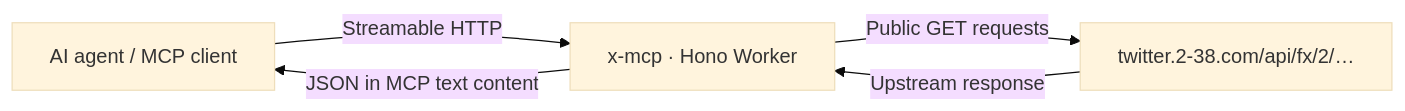
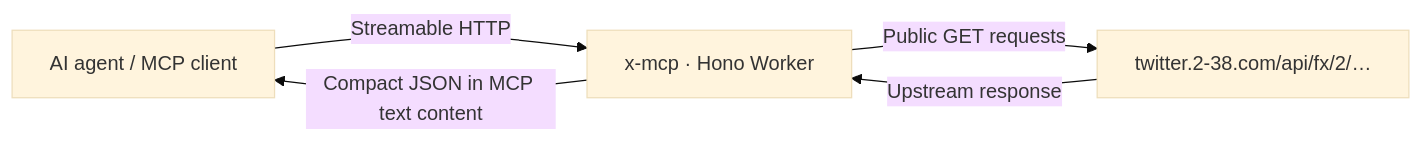
The diagram in README.md (kandotrun/x-mcp), drawn with Mermaid (base theme) before and after one commit. The commit also changed other lines of this file and 68 other files, not shown here.

````diff
--- a/README.md
+++ b/README.md
@@ -133,7 +250,7 @@
 ```mermaid
 flowchart LR
     agent["AI agent / MCP client"] -->|Streamable HTTP| worker["x-mcp · Hono Worker"]
     worker -->|Public GET requests| proxy["twitter.2-38.com/api/fx/2/…"]
     proxy -->|Upstream response| worker
-    worker -->|JSON in MCP text content| agent
+    worker -->|Compact JSON in MCP text content| agent
 ```
````
